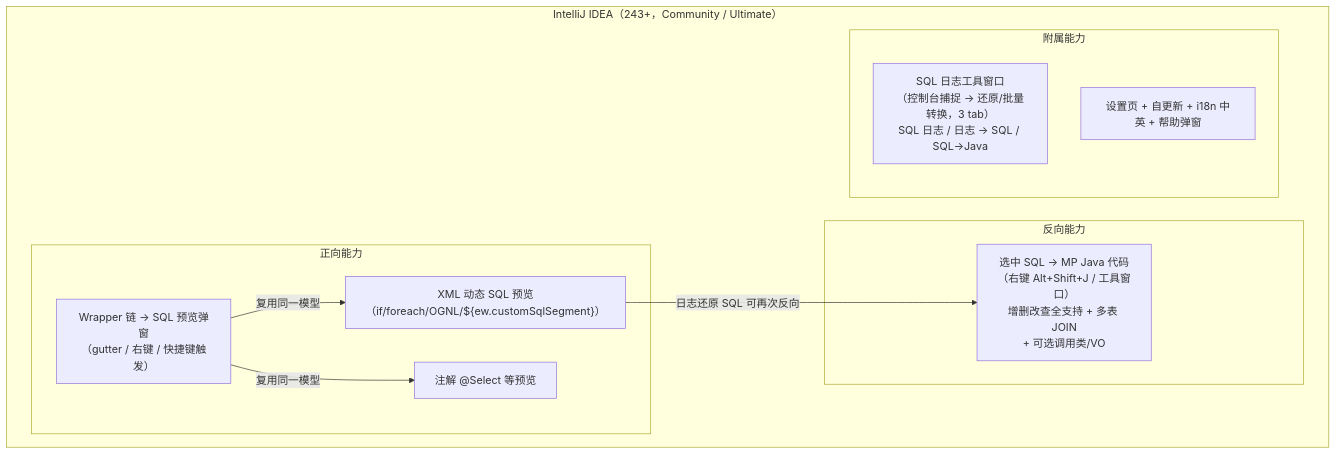
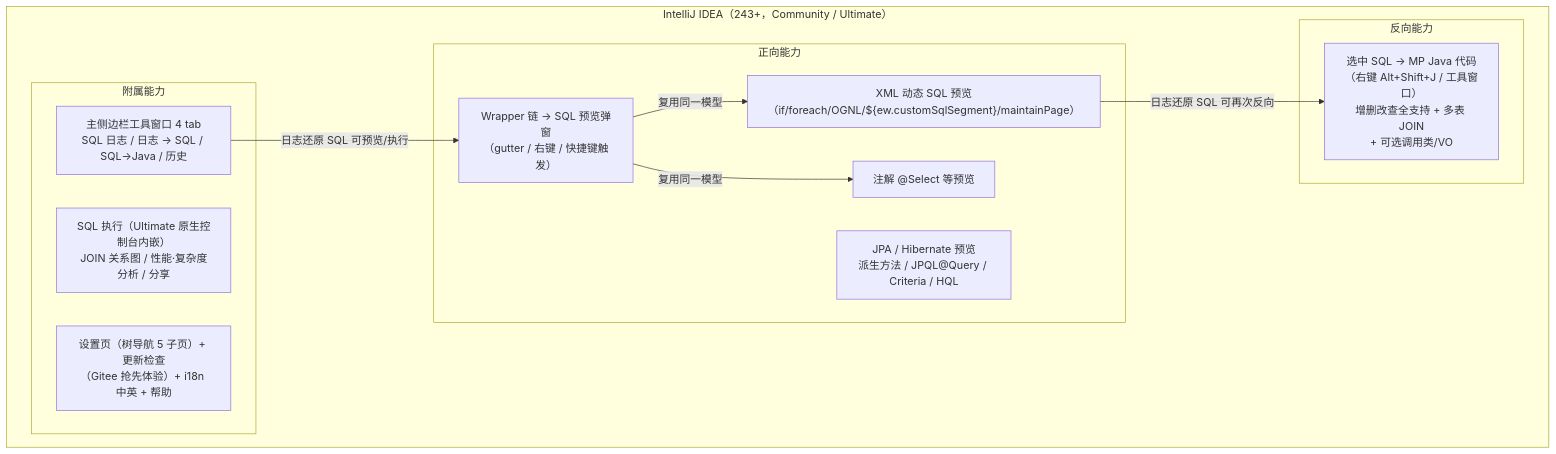
One commit to JayF211/mybatis-plus-sql-visualizer changed the first of 5 diagrams in docs/架构设计/01-项目架构总览.md. Above: the diagram before and after it, drawn with Mermaid. The commit also changed other lines of this file and 3 other files, not shown here.

Commit message:
docs: 架构设计三篇与 README 同步至当前代码基线——JPA/Hibernate 链路、M36 原生控制台执行、插件更名 SQL Visualizer、测试基线 232 类 2682 用例、更新双通道与帮助本地 HTML

````diff
--- a/docs/架构设计/01-项目架构总览.md
+++ b/docs/架构设计/01-项目架构总览.md
@@ -17,20 +17,23 @@
 ```mermaid
 flowchart TD
     subgraph IDE["IntelliJ IDEA（243+，Community / Ultimate）"]
         subgraph 正向能力
             F1["Wrapper 链 → SQL 预览弹窗<br/>（gutter / 右键 / 快捷键触发）"]
-            F2["XML 动态 SQL 预览<br/>（if/foreach/OGNL/${ew.customSqlSegment}）"]
+            F2["XML 动态 SQL 预览<br/>（if/foreach/OGNL/${ew.customSqlSegment}/maintainPage）"]
             F3["注解 @Select 等预览"]
+            F4["JPA / Hibernate 预览<br/>派生方法 / JPQL@Query / Criteria / HQL"]
         end
         subgraph 反向能力
             R1["选中 SQL → MP Java 代码<br/>（右键 Alt+Shift+J / 工具窗口）<br/>增删改查全支持 + 多表 JOIN<br/>+ 可选调用类/VO"]
         end
         subgraph 附属能力
-            S1["SQL 日志工具窗口<br/>（控制台捕捉 → 还原/批量转换，3 tab）<br/>SQL 日志 / 日志 → SQL / SQL→Java"]
-            S2["设置页 + 自更新 + i18n 中英 + 帮助弹窗"]
+            S1["主侧边栏工具窗口 4 tab<br/>SQL 日志 / 日志 → SQL / SQL→Java / 历史"]
+            S2["SQL 执行（Ultimate 原生控制台内嵌）<br/>JOIN 关系图 / 性能·复杂度分析 / 分享"]
+            S3["设置页（树导航 5 子页）+ 更新检查<br/>（Gitee 抢先体验）+ i18n 中英 + 帮助"]
         end
     end
     F1 -->|"复用同一模型"| F2
     F1 -->|"复用同一模型"| F3
     F2 -->|"日志还原 SQL 可再次反向"| R1
+    S1 -->|"日志还原 SQL 可预览/执行"| F1
 ```
````
